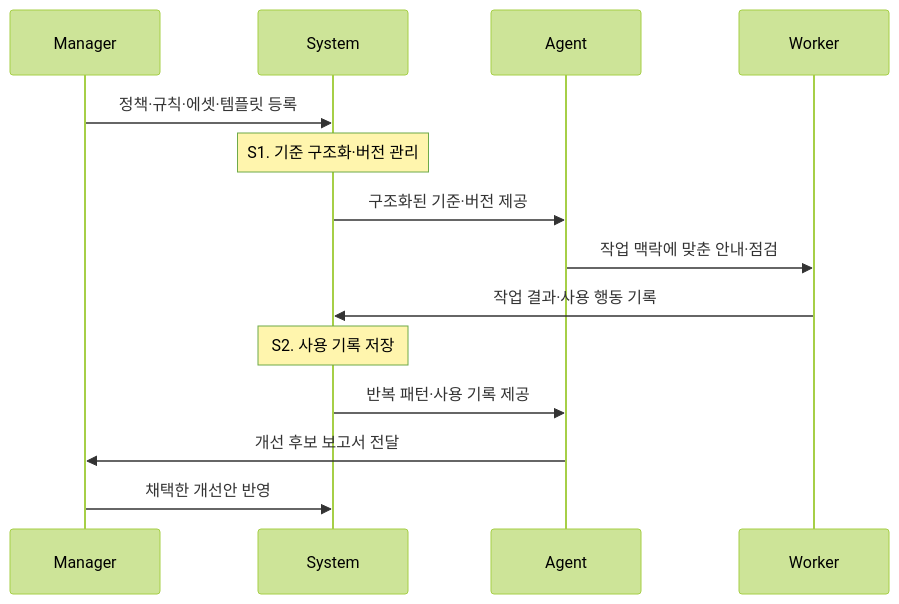
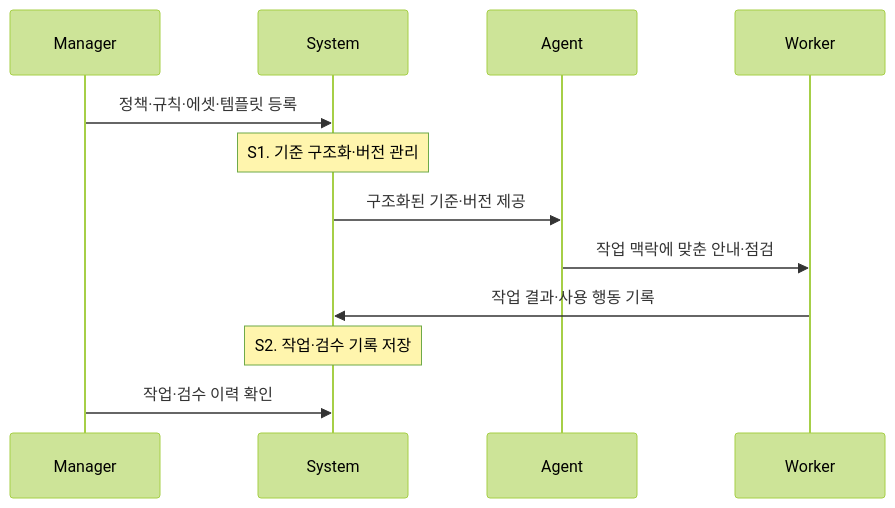
One commit to ewoooo/living-brand-system changed the first of 2 diagrams in docs/01-product.md. Above: the diagram before and after it, drawn with Mermaid (forest theme). The commit also changed other lines of this file and 6 other files, not shown here.

Commit message:
docs: update domain architecture records

````diff
--- a/docs/01-product.md
+++ b/docs/01-product.md
@@ -70,17 +70,15 @@
 ```mermaid
 sequenceDiagram
   participant M as Manager
   participant S as System
   participant A as Agent
   participant C as Worker
 
   M->>S: 정책·규칙·에셋·템플릿 등록
   Note over S: S1. 기준 구조화·버전 관리
   S->>A: 구조화된 기준·버전 제공
   A->>C: 작업 맥락에 맞춘 안내·점검
   C->>S: 작업 결과·사용 행동 기록
-  Note over S: S2. 사용 기록 저장
-  S->>A: 반복 패턴·사용 기록 제공
-  A->>M: 개선 후보 보고서 전달
-  M->>S: 채택한 개선안 반영
+  Note over S: S2. 작업·검수 기록 저장
+  M->>S: 작업·검수 이력 확인
 ```
````
